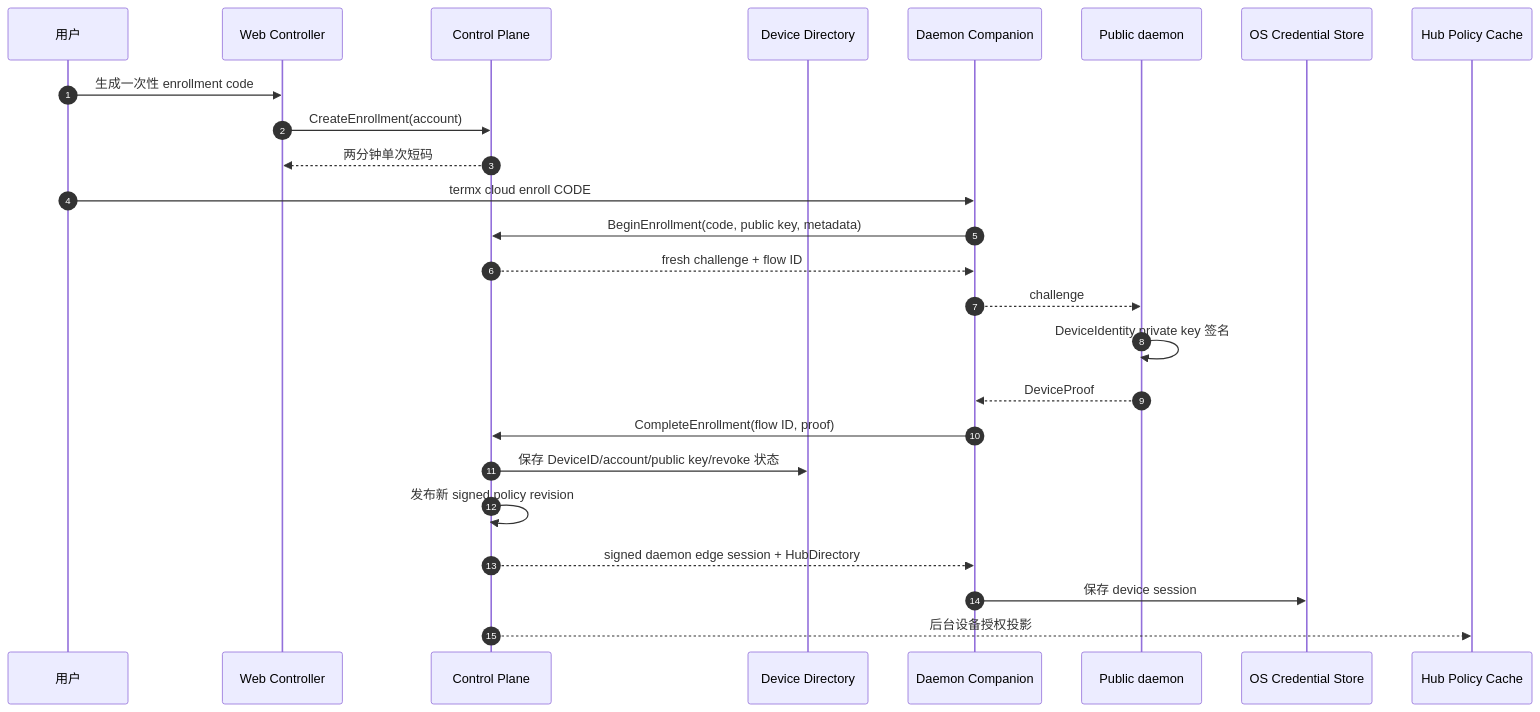
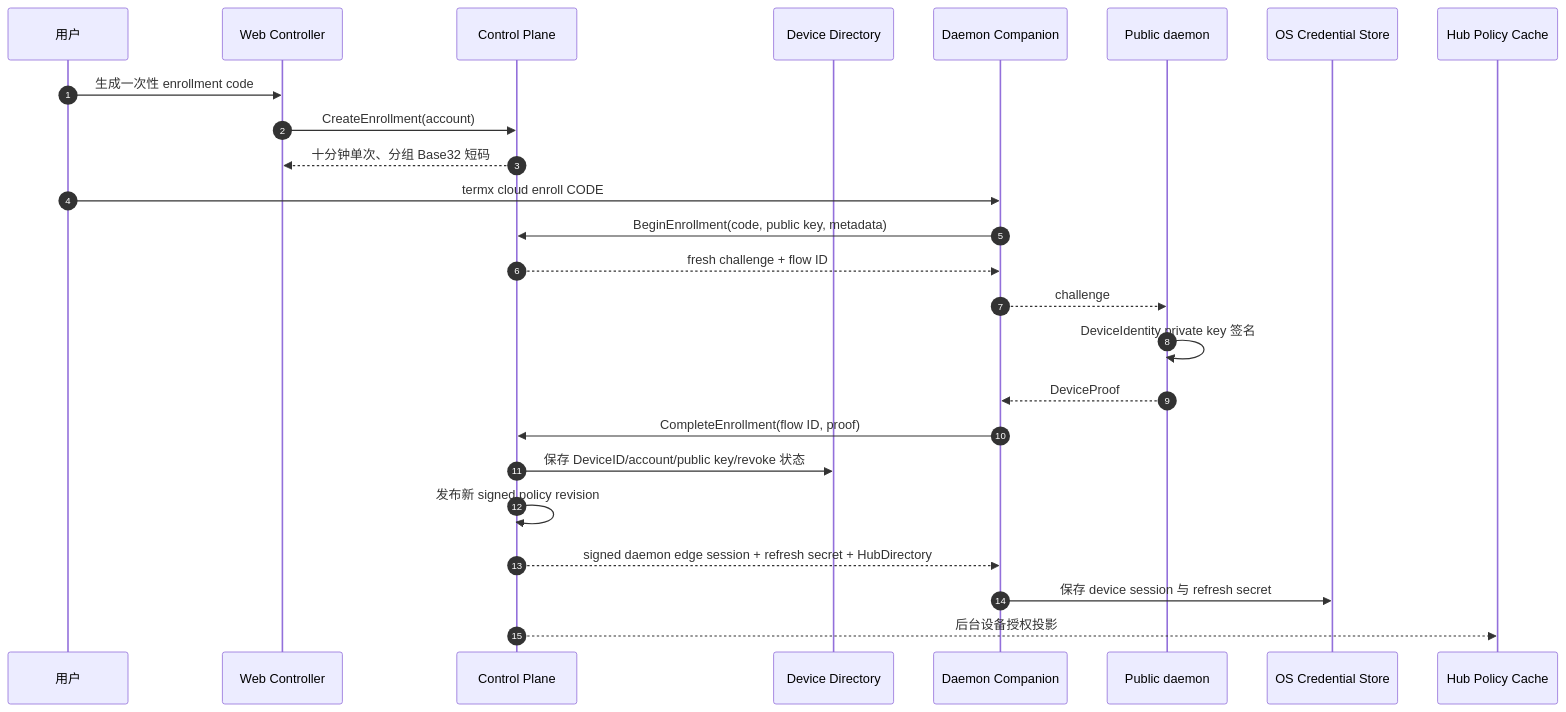
One commit to lozzo/termx changed the third of 10 diagrams in docs/remote-platform/cloud-end-to-end-swimlanes.md. Above: the diagram before and after it, drawn with Mermaid. The commit also changed other lines of this file and 65 other files, not shown here.

````diff
--- a/docs/remote-platform/cloud-end-to-end-swimlanes.md
+++ b/docs/remote-platform/cloud-end-to-end-swimlanes.md
@@ -113,28 +113,28 @@
 ```mermaid
 sequenceDiagram
     autonumber
     participant U as 用户
     participant W as Web Controller
     participant CP as Control Plane
     participant DB as Device Directory
     participant DC as Daemon Companion
     participant D as Public daemon
     participant S as OS Credential Store
     participant H as Hub Policy Cache
 
     U->>W: 生成一次性 enrollment code
     W->>CP: CreateEnrollment(account)
-    CP-->>W: 两分钟单次短码
+    CP-->>W: 十分钟单次、分组 Base32 短码
     U->>DC: termx cloud enroll CODE
     DC->>CP: BeginEnrollment(code, public key, metadata)
     CP-->>DC: fresh challenge + flow ID
     DC-->>D: challenge
     D->>D: DeviceIdentity private key 签名
     D-->>DC: DeviceProof
     DC->>CP: CompleteEnrollment(flow ID, proof)
     CP->>DB: 保存 DeviceID/account/public key/revoke 状态
     CP->>CP: 发布新 signed policy revision
-    CP-->>DC: signed daemon edge session + HubDirectory
-    DC->>S: 保存 device session
+    CP-->>DC: signed daemon edge session + refresh secret + HubDirectory
+    DC->>S: 保存 device session 与 refresh secret
     CP-->>H: 后台设备授权投影
 ```
````
